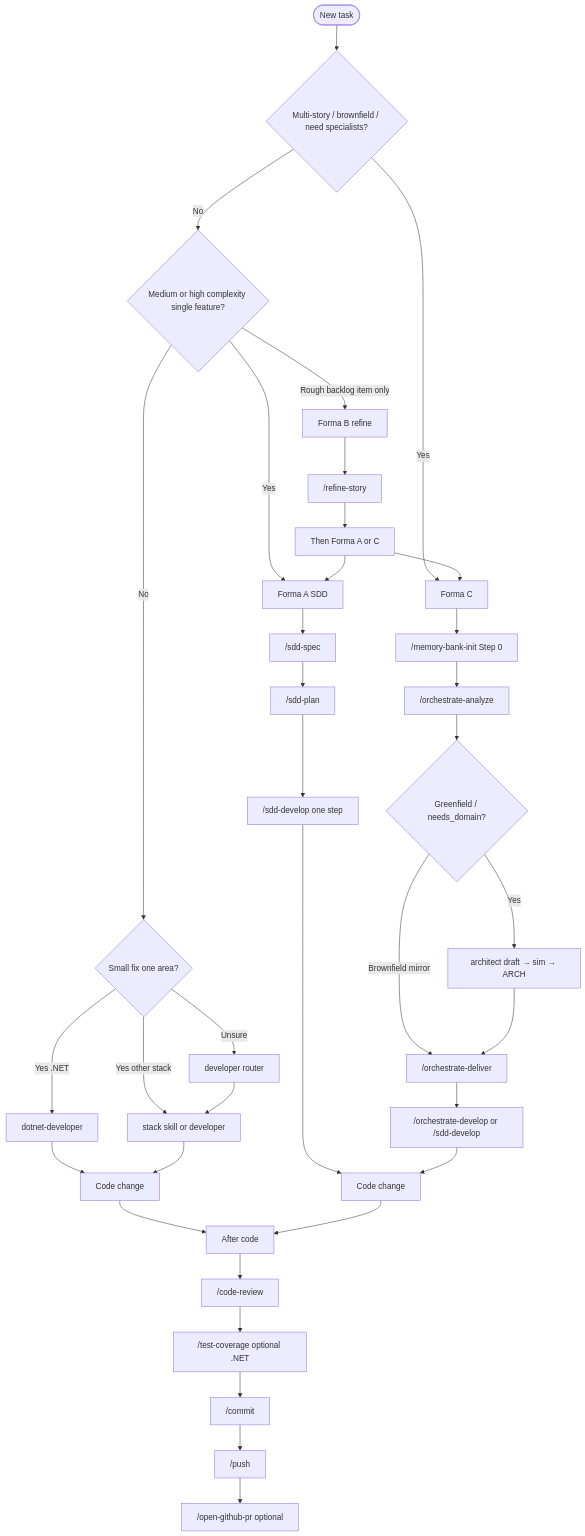
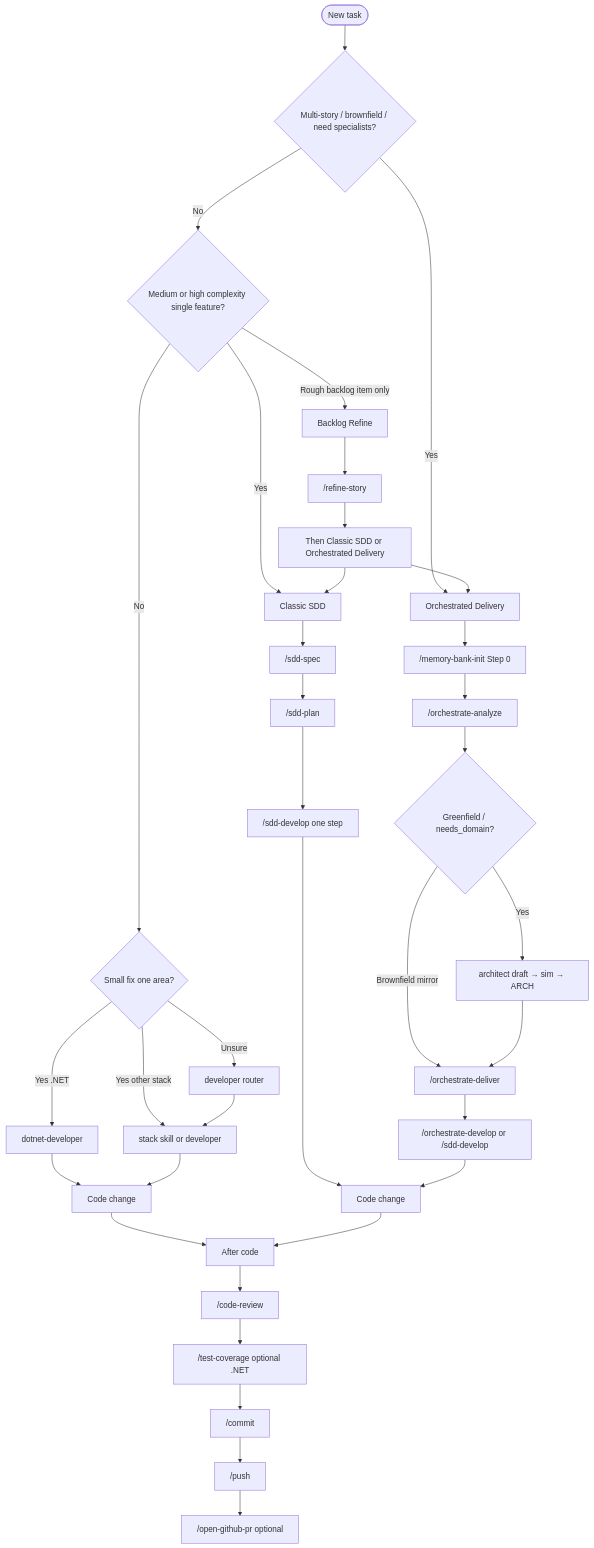
The diagram in docs/guides/README.md (tibursocampos/agent-dev-toolkit), drawn with Mermaid before and after one commit. The commit also changed other lines of this file and 113 other files, not shown here.

````diff
--- a/docs/guides/README.md
+++ b/docs/guides/README.md
@@ -29,38 +31,38 @@
 ```mermaid
 flowchart TD
   Start([New task]) --> Q1{Multi-story / brownfield / need specialists?}
-  Q1 -->|Yes| FC[Forma C]
+  Q1 -->|Yes| FC[Orchestrated Delivery]
   Q1 -->|No| Q2{Medium or high complexity single feature?}
-  Q2 -->|Yes| SDD[Forma A SDD]
-  Q2 -->|Rough backlog item only| FB[Forma B refine]
+  Q2 -->|Yes| SDD[Classic SDD]
+  Q2 -->|Rough backlog item only| FB[Backlog Refine]
   Q2 -->|No| Q3{Small fix one area?}
   Q3 -->|Yes .NET| NET[dotnet-developer]
   Q3 -->|Yes other stack| STACK[stack skill or developer]
   Q3 -->|Unsure| DEV[developer router]
   FC --> S0["/memory-bank-init Step 0"]
   S0 --> O1["/orchestrate-analyze"]
   O1 --> ArchGate{"Greenfield / needs_domain?"}
   ArchGate -->|Yes| Confirm["architect draft → sim → ARCH"]
   ArchGate -->|Brownfield mirror| O2
   Confirm --> O2["/orchestrate-deliver"]
   O2 --> O3["/orchestrate-develop or /sdd-develop"]
   FB --> Refine["/refine-story"]
-  Refine --> AorC[Then Forma A or C]
+  Refine --> AorC[Then Classic SDD or Orchestrated Delivery]
   SDD --> Spec["/sdd-spec"]
   Spec --> Plan["/sdd-plan"]
   Plan --> Impl["/sdd-develop one step"]
   NET --> DoneNet[Code change]
   STACK --> DoneNet
   DEV --> STACK
   Impl --> DoneSdd[Code change]
   O3 --> DoneSdd
   AorC --> SDD
   AorC --> FC
   DoneNet --> Post
   DoneSdd --> Post
   Post[After code] --> CR["/code-review"]
   CR --> TC["/test-coverage optional .NET"]
   TC --> Commit["/commit"]
   Commit --> Push["/push"]
   Push --> PR["/open-github-pr optional"]
 ```
````
